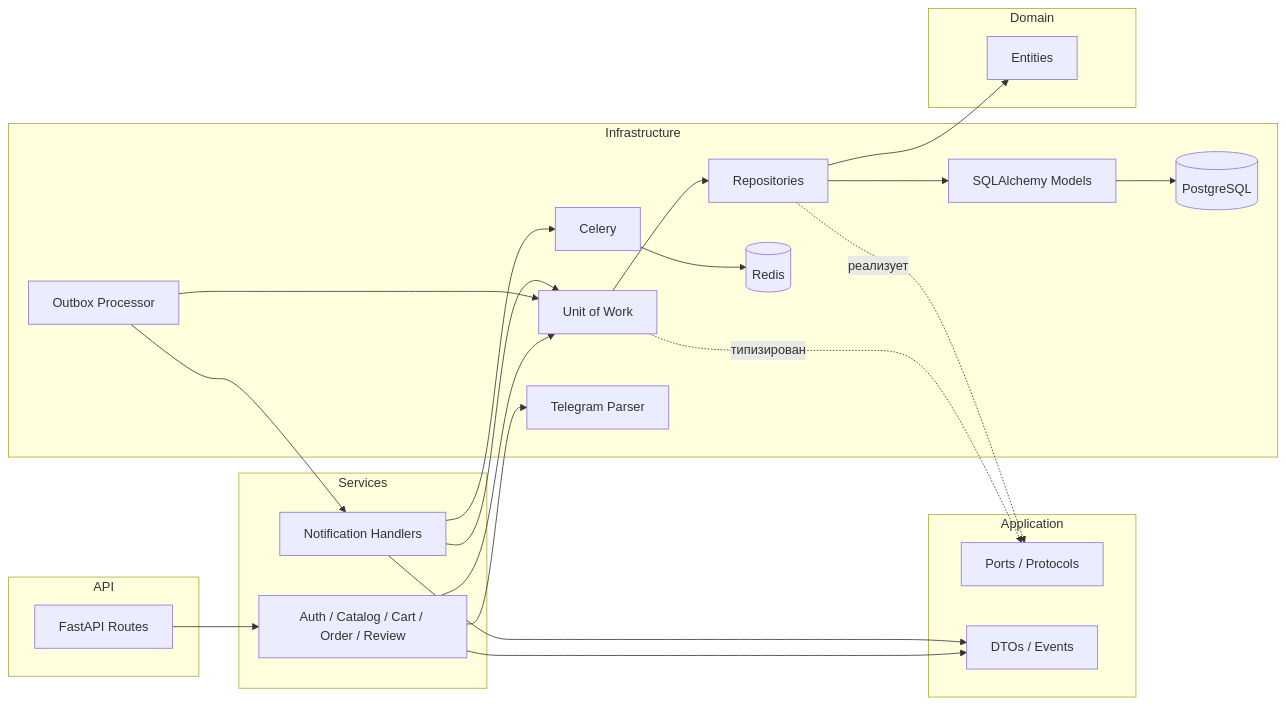
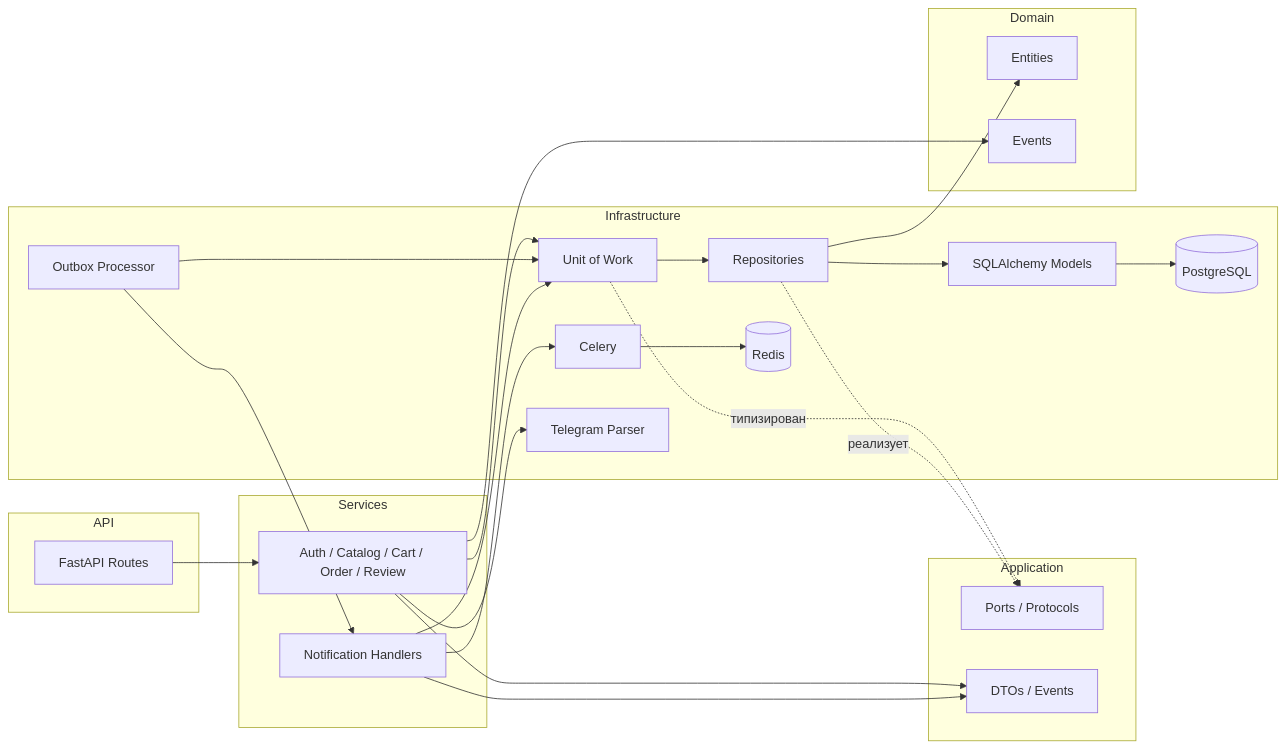
The diagram in README.md (Mist3s/leaf-flow), drawn with Mermaid before and after one commit.

Commit message:
refactor: update README.md

````diff
--- a/README.md
+++ b/README.md
@@ -99,49 +99,51 @@
 ```mermaid
 graph LR
     subgraph API
         Routes[FastAPI Routes]
     end
 
     subgraph Services
         SVC[Auth / Catalog / Cart / Order / Review]
         HANDLERS[Notification Handlers]
     end
 
     subgraph Application
         PORTS[Ports / Protocols]
         DTO[DTOs / Events]
     end
 
     subgraph Infrastructure
         UOW[Unit of Work]
         REPO[Repositories]
         MODELS[SQLAlchemy Models]
         DB[(PostgreSQL)]
         OUTBOX[Outbox Processor]
         CELERY[Celery]
         REDIS[(Redis)]
         TELEGRAM[Telegram Parser]
     end
 
     subgraph Domain
         ENTITIES[Entities]
+        EVENTS[Events]
     end
 
     Routes --> SVC
     SVC --> DTO
+    SVC --> EVENTS
     SVC --> UOW
     SVC --> TELEGRAM
     UOW -.->|типизирован| PORTS
     UOW --> REPO
     REPO -.->|реализует| PORTS
     REPO --> MODELS
     REPO --> ENTITIES
     MODELS --> DB
 
     OUTBOX --> UOW
     OUTBOX --> HANDLERS
     HANDLERS --> UOW
     HANDLERS --> DTO
     HANDLERS --> CELERY
     CELERY --> REDIS
 ```
````
